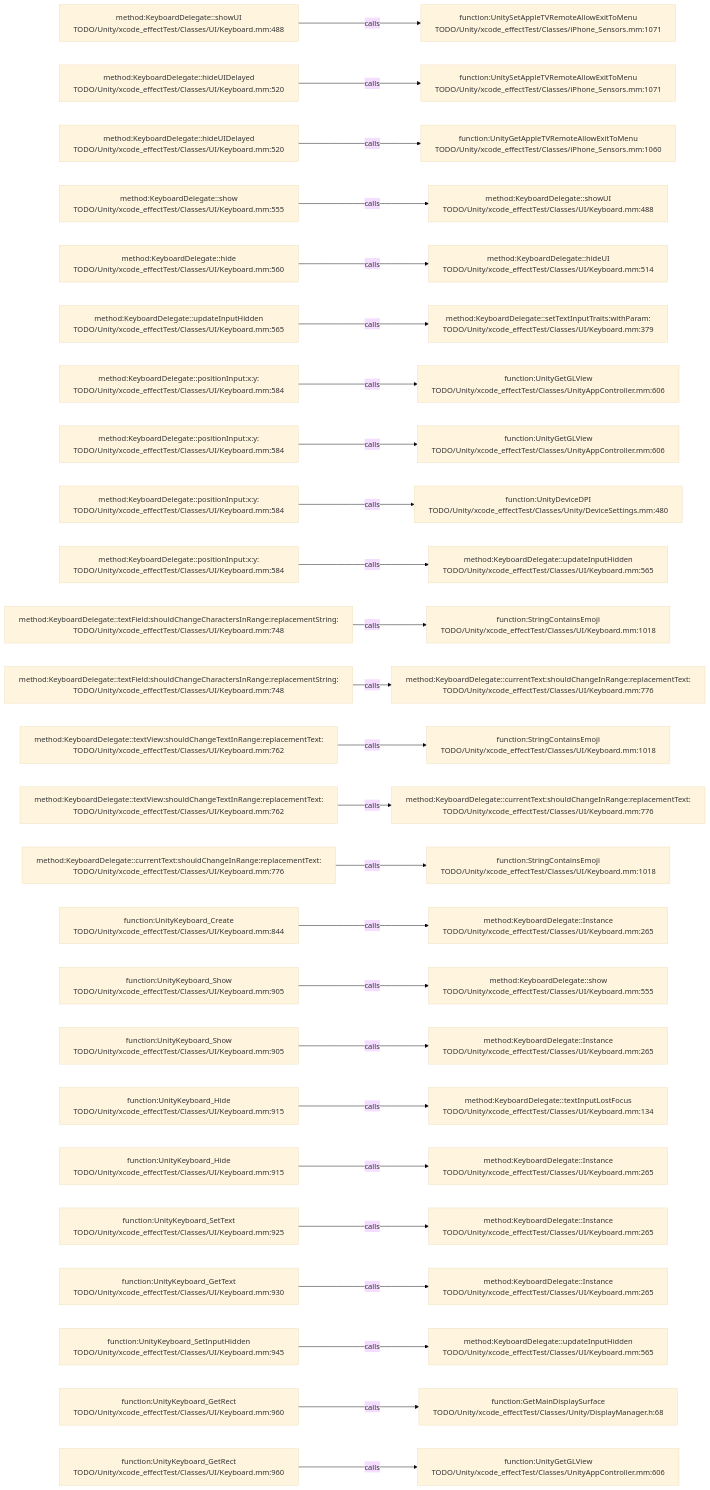
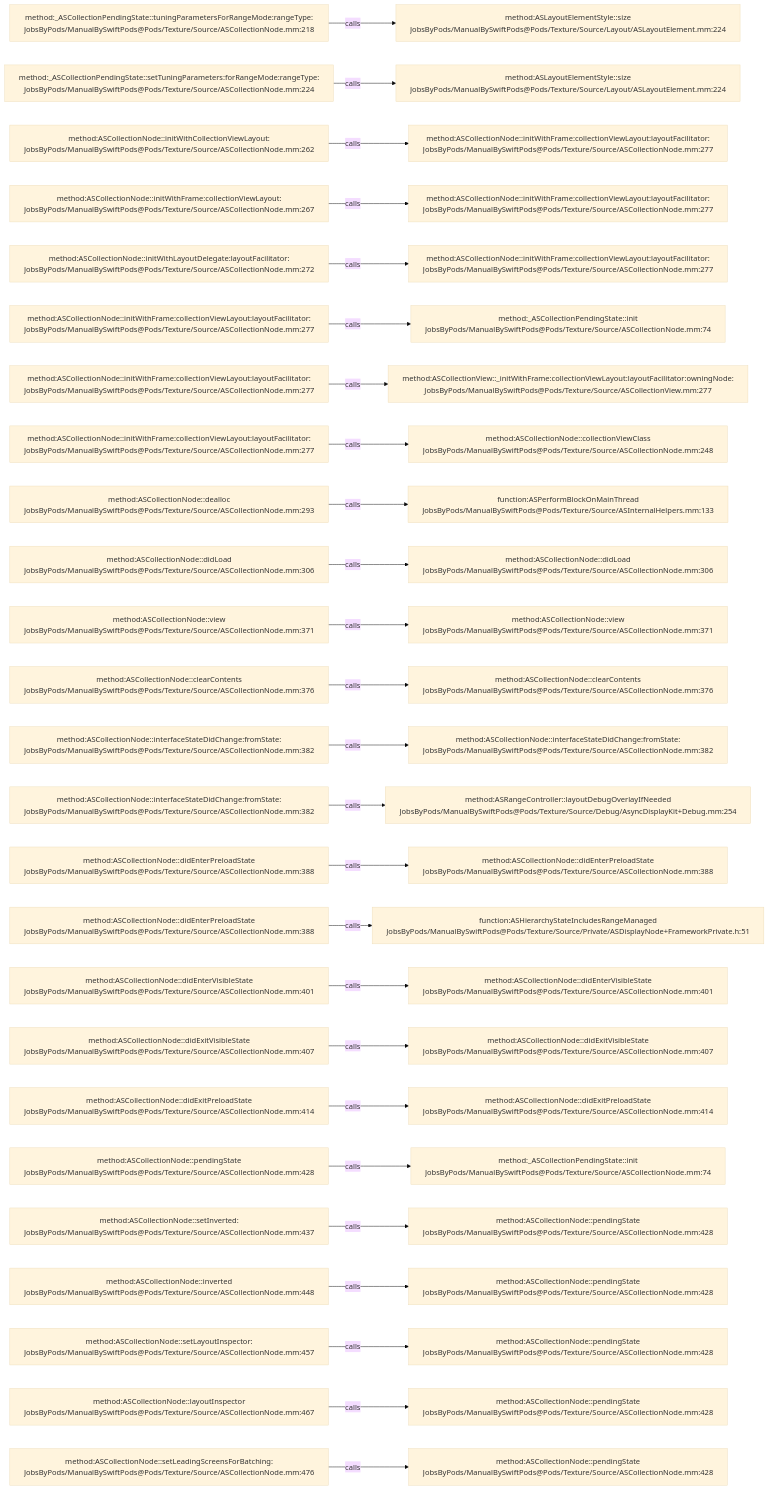
Before and after one commit to JobsKits/JobsSwiftBaseConfigDemo: the diagram in .codegraph/codegraph.md/graphs/calls-026.md, drawn with Mermaid (base theme). The commit also changed 2959 other files, not shown here.

````diff
--- a/.codegraph/codegraph.md/graphs/calls-026.md
+++ b/.codegraph/codegraph.md/graphs/calls-026.md
@@ -13,78 +13,78 @@
 ```mermaid
 flowchart LR
-  S1["method:KeyboardDelegate::showUI<br/>TODO/Unity/xcode_effectTest/Classes/UI/Keyboard.mm:488"]
-  T1["function:UnitySetAppleTVRemoteAllowExitToMenu<br/>TODO/Unity/xcode_effectTest/Classes/iPhone_Sensors.mm:1071"]
+  S1["method:_ASCollectionPendingState::tuningParametersForRangeMode:rangeType:<br/>JobsByPods/ManualBySwiftPods@Pods/Texture/Source/ASCollectionNode.mm:218"]
+  T1["method:ASLayoutElementStyle::size<br/>JobsByPods/ManualBySwiftPods@Pods/Texture/Source/Layout/ASLayoutElement.mm:224"]
   S1 -->|calls| T1
-  S2["method:KeyboardDelegate::hideUIDelayed<br/>TODO/Unity/xcode_effectTest/Classes/UI/Keyboard.mm:520"]
-  T2["function:UnitySetAppleTVRemoteAllowExitToMenu<br/>TODO/Unity/xcode_effectTest/Classes/iPhone_Sensors.mm:1071"]
+  S2["method:_ASCollectionPendingState::setTuningParameters:forRangeMode:rangeType:<br/>JobsByPods/ManualBySwiftPods@Pods/Texture/Source/ASCollectionNode.mm:224"]
+  T2["method:ASLayoutElementStyle::size<br/>JobsByPods/ManualBySwiftPods@Pods/Texture/Source/Layout/ASLayoutElement.mm:224"]
   S2 -->|calls| T2
-  S3["method:KeyboardDelegate::hideUIDelayed<br/>TODO/Unity/xcode_effectTest/Classes/UI/Keyboard.mm:520"]
-  T3["function:UnityGetAppleTVRemoteAllowExitToMenu<br/>TODO/Unity/xcode_effectTest/Classes/iPhone_Sensors.mm:1060"]
+  S3["method:ASCollectionNode::initWithCollectionViewLayout:<br/>JobsByPods/ManualBySwiftPods@Pods/Texture/Source/ASCollectionNode.mm:262"]
+  T3["method:ASCollectionNode::initWithFrame:collectionViewLayout:layoutFacilitator:<br/>JobsByPods/ManualBySwiftPods@Pods/Texture/Source/ASCollectionNode.mm:277"]
   S3 -->|calls| T3
-  S4["method:KeyboardDelegate::show<br/>TODO/Unity/xcode_effectTest/Classes/UI/Keyboard.mm:555"]
-  T4["method:KeyboardDelegate::showUI<br/>TODO/Unity/xcode_effectTest/Classes/UI/Keyboard.mm:488"]
+  S4["method:ASCollectionNode::initWithFrame:collectionViewLayout:<br/>JobsByPods/ManualBySwiftPods@Pods/Texture/Source/ASCollectionNode.mm:267"]
+  T4["method:ASCollectionNode::initWithFrame:collectionViewLayout:layoutFacilitator:<br/>JobsByPods/ManualBySwiftPods@Pods/Texture/Source/ASCollectionNode.mm:277"]
   S4 -->|calls| T4
-  S5["method:KeyboardDelegate::hide<br/>TODO/Unity/xcode_effectTest/Classes/UI/Keyboard.mm:560"]
-  T5["method:KeyboardDelegate::hideUI<br/>TODO/Unity/xcode_effectTest/Classes/UI/Keyboard.mm:514"]
+  S5["method:ASCollectionNode::initWithLayoutDelegate:layoutFacilitator:<br/>JobsByPods/ManualBySwiftPods@Pods/Texture/Source/ASCollectionNode.mm:272"]
+  T5["method:ASCollectionNode::initWithFrame:collectionViewLayout:layoutFacilitator:<br/>JobsByPods/ManualBySwiftPods@Pods/Texture/Source/ASCollectionNode.mm:277"]
   S5 -->|calls| T5
-  S6["method:KeyboardDelegate::updateInputHidden<br/>TODO/Unity/xcode_effectTest/Classes/UI/Keyboard.mm:565"]
-  T6["method:KeyboardDelegate::setTextInputTraits:withParam:<br/>TODO/Unity/xcode_effectTest/Classes/UI/Keyboard.mm:379"]
+  S6["method:ASCollectionNode::initWithFrame:collectionViewLayout:layoutFacilitator:<br/>JobsByPods/ManualBySwiftPods@Pods/Texture/Source/ASCollectionNode.mm:277"]
+  T6["method:_ASCollectionPendingState::init<br/>JobsByPods/ManualBySwiftPods@Pods/Texture/Source/ASCollectionNode.mm:74"]
   S6 -->|calls| T6
-  S7["method:KeyboardDelegate::positionInput:x:y:<br/>TODO/Unity/xcode_effectTest/Classes/UI/Keyboard.mm:584"]
-  T7["function:UnityGetGLView<br/>TODO/Unity/xcode_effectTest/Classes/UnityAppController.mm:606"]
+  S7["method:ASCollectionNode::initWithFrame:collectionViewLayout:layoutFacilitator:<br/>JobsByPods/ManualBySwiftPods@Pods/Texture/Source/ASCollectionNode.mm:277"]
+  T7["method:ASCollectionView::_initWithFrame:collectionViewLayout:layoutFacilitator:owningNode:<br/>JobsByPods/ManualBySwiftPods@Pods/Texture/Source/ASCollectionView.mm:277"]
   S7 -->|calls| T7
-  S8["method:KeyboardDelegate::positionInput:x:y:<br/>TODO/Unity/xcode_effectTest/Classes/UI/Keyboard.mm:584"]
-  T8["function:UnityGetGLView<br/>TODO/Unity/xcode_effectTest/Classes/UnityAppController.mm:606"]
+  S8["method:ASCollectionNode::initWithFrame:collectionViewLayout:layoutFacilitator:<br/>JobsByPods/ManualBySwiftPods@Pods/Texture/Source/ASCollectionNode.mm:277"]
+  T8["method:ASCollectionNode::collectionViewClass<br/>JobsByPods/ManualBySwiftPods@Pods/Texture/Source/ASCollectionNode.mm:248"]
   S8 -->|calls| T8
-  S9["method:KeyboardDelegate::positionInput:x:y:<br/>TODO/Unity/xcode_effectTest/Classes/UI/Keyboard.mm:584"]
-  T9["function:UnityDeviceDPI<br/>TODO/Unity/xcode_effectTest/Classes/Unity/DeviceSettings.mm:480"]
+  S9["method:ASCollectionNode::dealloc<br/>JobsByPods/ManualBySwiftPods@Pods/Texture/Source/ASCollectionNode.mm:293"]
+  T9["function:ASPerformBlockOnMainThread<br/>JobsByPods/ManualBySwiftPods@Pods/Texture/Source/ASInternalHelpers.mm:133"]
   S9 -->|calls| T9
-  S10["method:KeyboardDelegate::positionInput:x:y:<br/>TODO/Unity/xcode_effectTest/Classes/UI/Keyboard.mm:584"]
-  T10["method:KeyboardDelegate::updateInputHidden<br/>TODO/Unity/xcode_effectTest/Classes/UI/Keyboard.mm:565"]
+  S10["method:ASCollectionNode::didLoad<br/>JobsByPods/ManualBySwiftPods@Pods/Texture/Source/ASCollectionNode.mm:306"]
+  T10["method:ASCollectionNode::didLoad<br/>JobsByPods/ManualBySwiftPods@Pods/Texture/Source/ASCollectionNode.mm:306"]
   S10 -->|calls| T10
-  S11["method:KeyboardDelegate::textField:shouldChangeCharactersInRange:replacementString:<br/>TODO/Unity/xcode_effectTest/Classes/UI/Keyboard.mm:748"]
-  T11["function:StringContainsEmoji<br/>TODO/Unity/xcode_effectTest/Classes/UI/Keyboard.mm:1018"]
+  S11["method:ASCollectionNode::view<br/>JobsByPods/ManualBySwiftPods@Pods/Texture/Source/ASCollectionNode.mm:371"]
+  T11["method:ASCollectionNode::view<br/>JobsByPods/ManualBySwiftPods@Pods/Texture/Source/ASCollectionNode.mm:371"]
   S11 -->|calls| T11
-  S12["method:KeyboardDelegate::textField:shouldChangeCharactersInRange:replacementString:<br/>TODO/Unity/xcode_effectTest/Classes/UI/Keyboard.mm:748"]
-  T12["method:KeyboardDelegate::currentText:shouldChangeInRange:replacementText:<br/>TODO/Unity/xcode_effectTest/Classes/UI/Keyboard.mm:776"]
+  S12["method:ASCollectionNode::clearContents<br/>JobsByPods/ManualBySwiftPods@Pods/Texture/Source/ASCollectionNode.mm:376"]
+  T12["method:ASCollectionNode::clearContents<br/>JobsByPods/ManualBySwiftPods@Pods/Texture/Source/ASCollectionNode.mm:376"]
   S12 -->|calls| T12
-  S13["method:KeyboardDelegate::textView:shouldChangeTextInRange:replacementText:<br/>TODO/Unity/xcode_effectTest/Classes/UI/Keyboard.mm:762"]
-  T13["function:StringContainsEmoji<br/>TODO/Unity/xcode_effectTest/Classes/UI/Keyboard.mm:1018"]
+  S13["method:ASCollectionNode::interfaceStateDidChange:fromState:<br/>JobsByPods/ManualBySwiftPods@Pods/Texture/Source/ASCollectionNode.mm:382"]
+  T13["method:ASCollectionNode::interfaceStateDidChange:fromState:<br/>JobsByPods/ManualBySwiftPods@Pods/Texture/Source/ASCollectionNode.mm:382"]
   S13 -->|calls| T13
-  S14["method:KeyboardDelegate::textView:shouldChangeTextInRange:replacementText:<br/>TODO/Unity/xcode_effectTest/Classes/UI/Keyboard.mm:762"]
-  T14["method:KeyboardDelegate::currentText:shouldChangeInRange:replacementText:<br/>TODO/Unity/xcode_effectTest/Classes/UI/Keyboard.mm:776"]
+  S14["method:ASCollectionNode::interfaceStateDidChange:fromState:<br/>JobsByPods/ManualBySwiftPods@Pods/Texture/Source/ASCollectionNode.mm:382"]
+  T14["method:ASRangeController::layoutDebugOverlayIfNeeded<br/>JobsByPods/ManualBySwiftPods@Pods/Texture/Source/Debug/AsyncDisplayKit+Debug.mm:254"]
   S14 -->|calls| T14
-  S15["method:KeyboardDelegate::currentText:shouldChangeInRange:replacementText:<br/>TODO/Unity/xcode_effectTest/Classes/UI/Keyboard.mm:776"]
-  T15["function:StringContainsEmoji<br/>TODO/Unity/xcode_effectTest/Classes/UI/Keyboard.mm:1018"]
+  S15["method:ASCollectionNode::didEnterPreloadState<br/>JobsByPods/ManualBySwiftPods@Pods/Texture/Source/ASCollectionNode.mm:388"]
+  T15["method:ASCollectionNode::didEnterPreloadState<br/>JobsByPods/ManualBySwiftPods@Pods/Texture/Source/ASCollectionNode.mm:388"]
   S15 -->|calls| T15
-  S16["function:UnityKeyboard_Create<br/>TODO/Unity/xcode_effectTest/Classes/UI/Keyboard.mm:844"]
-  T16["method:KeyboardDelegate::Instance<br/>TODO/Unity/xcode_effectTest/Classes/UI/Keyboard.mm:265"]
+  S16["method:ASCollectionNode::didEnterPreloadState<br/>JobsByPods/ManualBySwiftPods@Pods/Texture/Source/ASCollectionNode.mm:388"]
+  T16["function:ASHierarchyStateIncludesRangeManaged<br/>JobsByPods/ManualBySwiftPods@Pods/Texture/Source/Private/ASDisplayNode+FrameworkPrivate.h:51"]
   S16 -->|calls| T16
-  S17["function:UnityKeyboard_Show<br/>TODO/Unity/xcode_effectTest/Classes/UI/Keyboard.mm:905"]
-  T17["method:KeyboardDelegate::show<br/>TODO/Unity/xcode_effectTest/Classes/UI/Keyboard.mm:555"]
+  S17["method:ASCollectionNode::didEnterVisibleState<br/>JobsByPods/ManualBySwiftPods@Pods/Texture/Source/ASCollectionNode.mm:401"]
+  T17["method:ASCollectionNode::didEnterVisibleState<br/>JobsByPods/ManualBySwiftPods@Pods/Texture/Source/ASCollectionNode.mm:401"]
   S17 -->|calls| T17
-  S18["function:UnityKeyboard_Show<br/>TODO/Unity/xcode_effectTest/Classes/UI/Keyboard.mm:905"]
-  T18["method:KeyboardDelegate::Instance<br/>TODO/Unity/xcode_effectTest/Classes/UI/Keyboard.mm:265"]
+  S18["method:ASCollectionNode::didExitVisibleState<br/>JobsByPods/ManualBySwiftPods@Pods/Texture/Source/ASCollectionNode.mm:407"]
+  T18["method:ASCollectionNode::didExitVisibleState<br/>JobsByPods/ManualBySwiftPods@Pods/Texture/Source/ASCollectionNode.mm:407"]
   S18 -->|calls| T18
-  S19["function:UnityKeyboard_Hide<br/>TODO/Unity/xcode_effectTest/Classes/UI/Keyboard.mm:915"]
-  T19["method:KeyboardDelegate::textInputLostFocus<br/>TODO/Unity/xcode_effectTest/Classes/UI/Keyboard.mm:134"]
+  S19["method:ASCollectionNode::didExitPreloadState<br/>JobsByPods/ManualBySwiftPods@Pods/Texture/Source/ASCollectionNode.mm:414"]
+  T19["method:ASCollectionNode::didExitPreloadState<br/>JobsByPods/ManualBySwiftPods@Pods/Texture/Source/ASCollectionNode.mm:414"]
   S19 -->|calls| T19
-  S20["function:UnityKeyboard_Hide<br/>TODO/Unity/xcode_effectTest/Classes/UI/Keyboard.mm:915"]
-  T20["method:KeyboardDelegate::Instance<br/>TODO/Unity/xcode_effectTest/Classes/UI/Keyboard.mm:265"]
+  S20["method:ASCollectionNode::pendingState<br/>JobsByPods/ManualBySwiftPods@Pods/Texture/Source/ASCollectionNode.mm:428"]
+  T20["method:_ASCollectionPendingState::init<br/>JobsByPods/ManualBySwiftPods@Pods/Texture/Source/ASCollectionNode.mm:74"]
   S20 -->|calls| T20
-  S21["function:UnityKeyboard_SetText<br/>TODO/Unity/xcode_effectTest/Classes/UI/Keyboard.mm:925"]
-  T21["method:KeyboardDelegate::Instance<br/>TODO/Unity/xcode_effectTest/Classes/UI/Keyboard.mm:265"]
+  S21["method:ASCollectionNode::setInverted:<br/>JobsByPods/ManualBySwiftPods@Pods/Texture/Source/ASCollectionNode.mm:437"]
+  T21["method:ASCollectionNode::pendingState<br/>JobsByPods/ManualBySwiftPods@Pods/Texture/Source/ASCollectionNode.mm:428"]
   S21 -->|calls| T21
-  S22["function:UnityKeyboard_GetText<br/>TODO/Unity/xcode_effectTest/Classes/UI/Keyboard.mm:930"]
-  T22["method:KeyboardDelegate::Instance<br/>TODO/Unity/xcode_effectTest/Classes/UI/Keyboard.mm:265"]
+  S22["method:ASCollectionNode::inverted<br/>JobsByPods/ManualBySwiftPods@Pods/Texture/Source/ASCollectionNode.mm:448"]
+  T22["method:ASCollectionNode::pendingState<br/>JobsByPods/ManualBySwiftPods@Pods/Texture/Source/ASCollectionNode.mm:428"]
   S22 -->|calls| T22
-  S23["function:UnityKeyboard_SetInputHidden<br/>TODO/Unity/xcode_effectTest/Classes/UI/Keyboard.mm:945"]
-  T23["method:KeyboardDelegate::updateInputHidden<br/>TODO/Unity/xcode_effectTest/Classes/UI/Keyboard.mm:565"]
+  S23["method:ASCollectionNode::setLayoutInspector:<br/>JobsByPods/ManualBySwiftPods@Pods/Texture/Source/ASCollectionNode.mm:457"]
+  T23["method:ASCollectionNode::pendingState<br/>JobsByPods/ManualBySwiftPods@Pods/Texture/Source/ASCollectionNode.mm:428"]
   S23 -->|calls| T23
-  S24["function:UnityKeyboard_GetRect<br/>TODO/Unity/xcode_effectTest/Classes/UI/Keyboard.mm:960"]
-  T24["function:GetMainDisplaySurface<br/>TODO/Unity/xcode_effectTest/Classes/Unity/DisplayManager.h:68"]
+  S24["method:ASCollectionNode::layoutInspector<br/>JobsByPods/ManualBySwiftPods@Pods/Texture/Source/ASCollectionNode.mm:467"]
+  T24["method:ASCollectionNode::pendingState<br/>JobsByPods/ManualBySwiftPods@Pods/Texture/Source/ASCollectionNode.mm:428"]
   S24 -->|calls| T24
-  S25["function:UnityKeyboard_GetRect<br/>TODO/Unity/xcode_effectTest/Classes/UI/Keyboard.mm:960"]
-  T25["function:UnityGetGLView<br/>TODO/Unity/xcode_effectTest/Classes/UnityAppController.mm:606"]
+  S25["method:ASCollectionNode::setLeadingScreensForBatching:<br/>JobsByPods/ManualBySwiftPods@Pods/Texture/Source/ASCollectionNode.mm:476"]
+  T25["method:ASCollectionNode::pendingState<br/>JobsByPods/ManualBySwiftPods@Pods/Texture/Source/ASCollectionNode.mm:428"]
   S25 -->|calls| T25
 ```
````
